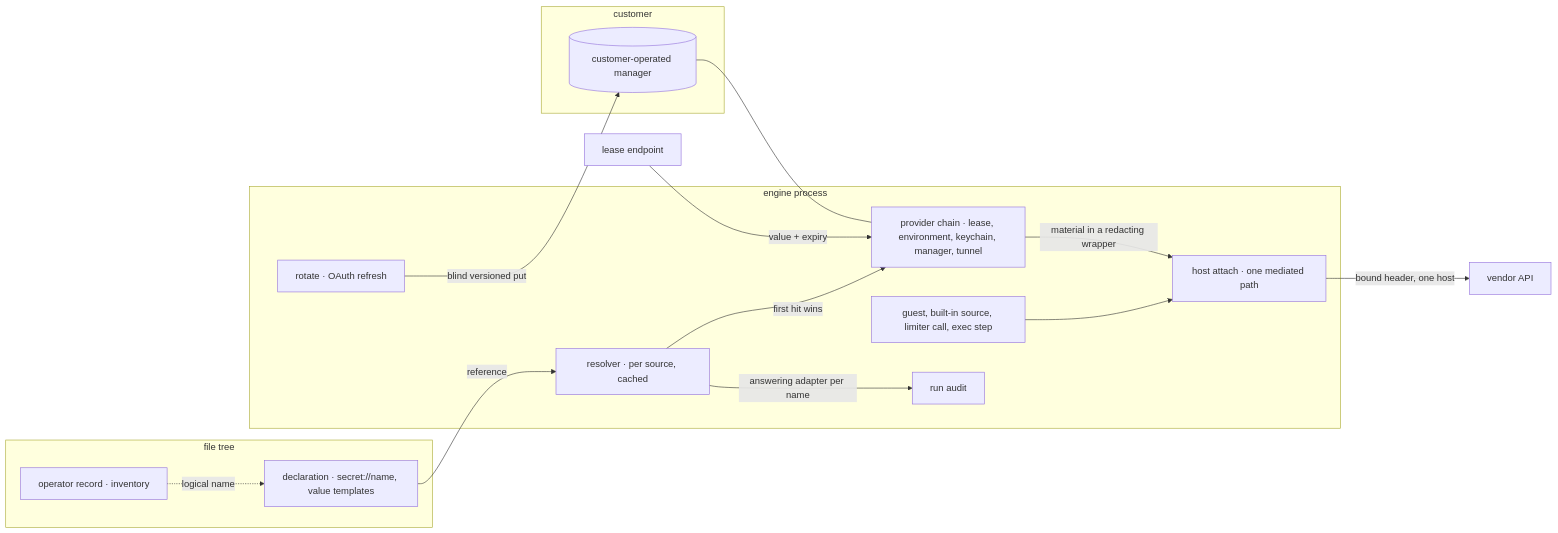
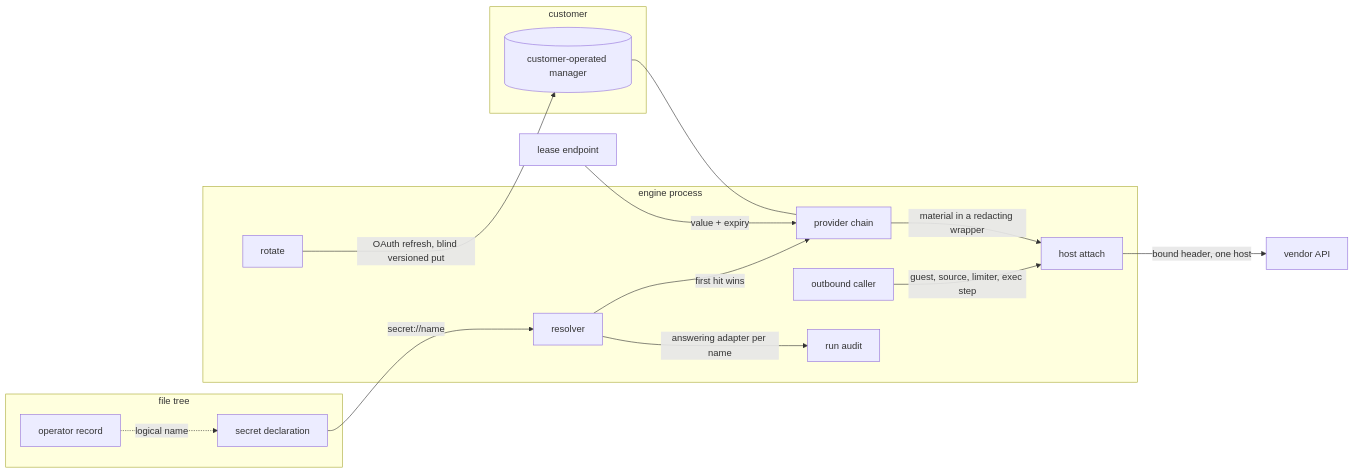
Before and after one commit to fractalboxdev/contextful: the first of 3 diagrams in spec/41-secrets.md, drawn with Mermaid. The commit also changed other lines of this file and 24 other files, not shown here.

First line of the commit message:
spec: every flowchart draws one entity or process per node

````diff
--- a/spec/41-secrets.md
+++ b/spec/41-secrets.md
@@ -20,30 +20,30 @@
 ```mermaid
 flowchart LR
   subgraph TREE["file tree"]
-    DECL["declaration · secret://name, value templates"]
-    REC["operator record · inventory"]
+    DECL["secret declaration"]
+    REC["operator record"]
   end
   subgraph ENGINE["engine process"]
-    RES["resolver · per source, cached"]
-    CHAIN["provider chain · lease, environment, keychain, manager, tunnel"]
-    ROT["rotate · OAuth refresh"]
-    ATT["host attach · one mediated path"]
-    EGR["guest, built-in source, limiter call, exec step"]
+    RES["resolver"]
+    CHAIN["provider chain"]
+    ROT["rotate"]
+    ATT["host attach"]
+    EGR["outbound caller"]
     AUD["run audit"]
   end
   MINT["lease endpoint"]
   subgraph CUST["customer"]
     MGR[("customer-operated manager")]
   end
   VEND["vendor API"]
-  DECL -->|reference| RES
+  DECL -->|"secret://name"| RES
   RES -->|"first hit wins"| CHAIN
   MINT -->|"value + expiry"| CHAIN
   MGR --- CHAIN
-  ROT -->|"blind versioned put"| MGR
+  ROT -->|"OAuth refresh, blind versioned put"| MGR
   CHAIN -->|"material in a redacting wrapper"| ATT
-  EGR --> ATT
+  EGR -->|"guest, source, limiter, exec step"| ATT
   ATT -->|"bound header, one host"| VEND
   RES -->|"answering adapter per name"| AUD
   REC -.->|"logical name"| DECL
 ```
````
